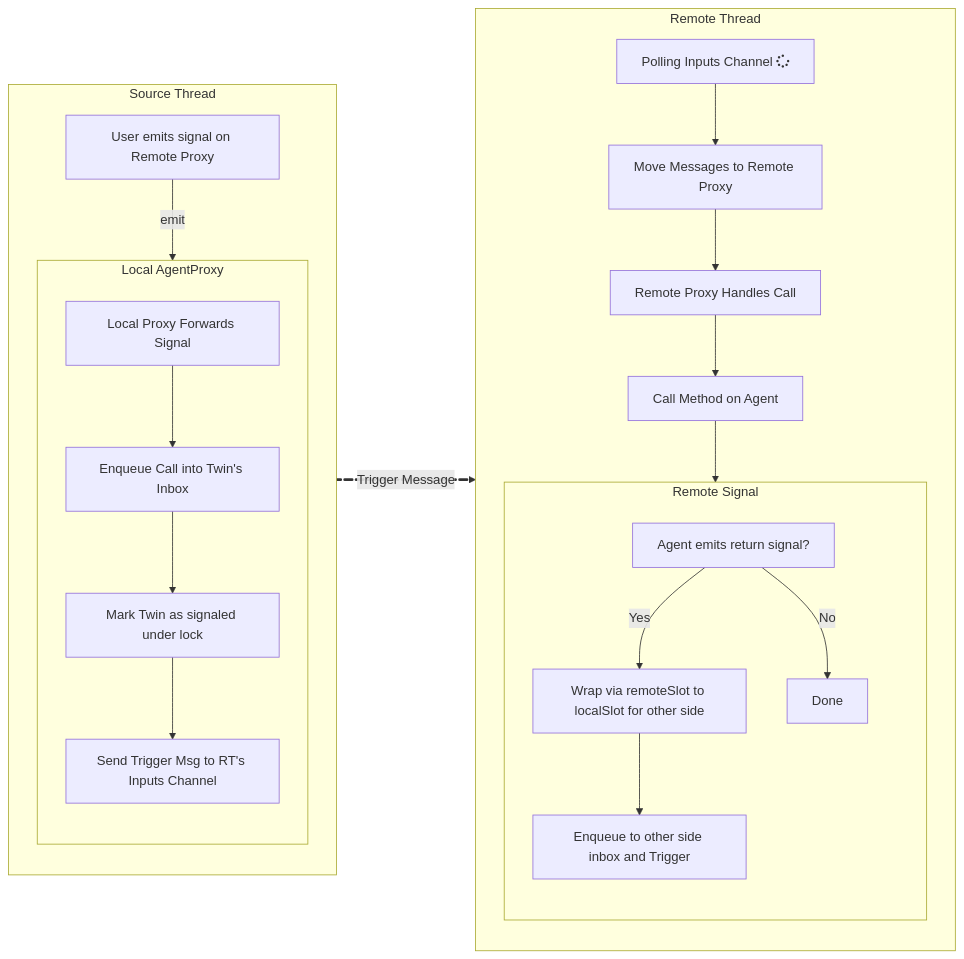
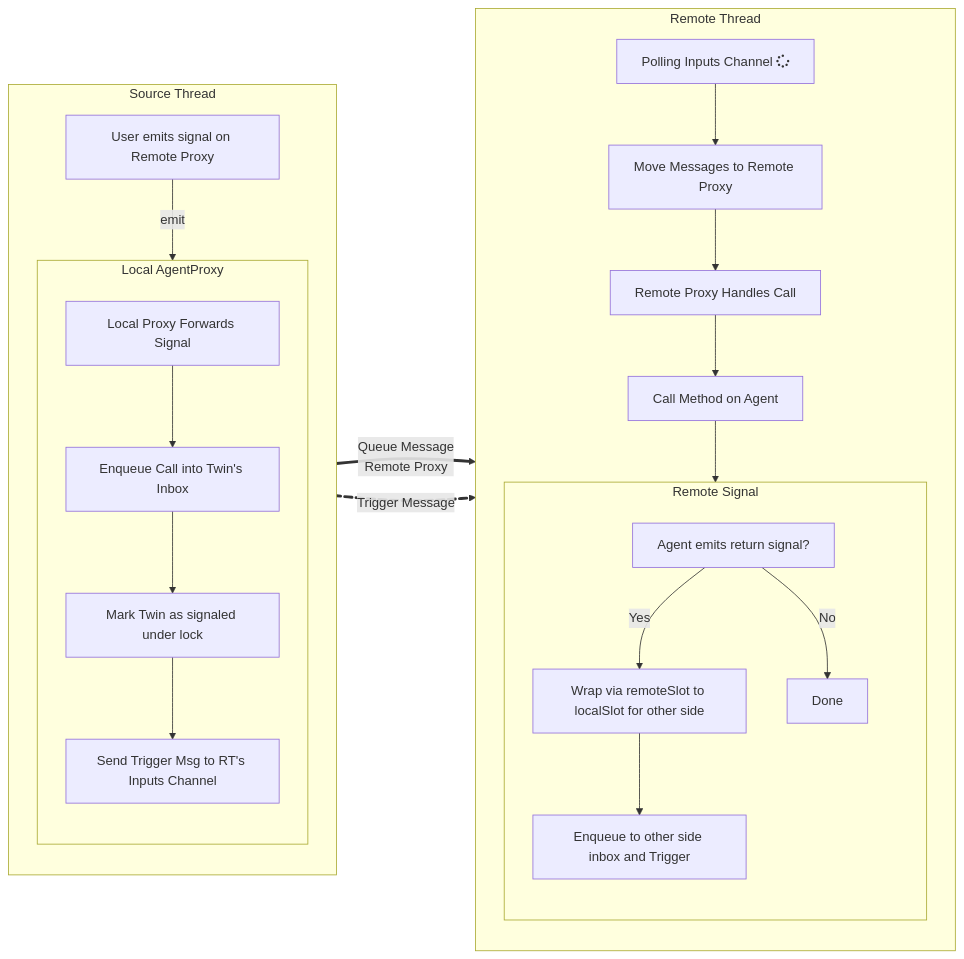
One commit to elcritch/sigils changed the first of 2 diagrams in docs/threading.md. Above: the diagram before and after it, drawn with Mermaid.

Commit message:
add threading docs

````diff
--- a/docs/threading.md
+++ b/docs/threading.md
@@ -175,39 +175,41 @@
 ```mermaid
 flowchart LR
   subgraph ST[Source Thread]
     direction TB
     Caller[User emits signal on Remote Proxy];
 
     Caller --emit --> LP;
 
     subgraph LP[Local AgentProxy]
       direction TB
       FWD[Local Proxy Forwards Signal];
       Enqueue[Enqueue Call into Twin's Inbox];
       Mark[Mark Twin as signaled under lock];
       Trigger[Send Trigger Msg to RT's Inputs Channel];
 
       FWD --> Enqueue --> Mark --> Trigger;
     end
   end
 
   subgraph RT[Remote Thread]
     RX[Polling Inputs Channel fa:fa-spinner];
     Triggered[Move Messages to Remote Proxy];
     Twin[Remote Proxy Handles Call];
     Deliver[Call Method on Agent];
     RX --> Triggered --> Twin --> Deliver;
     subgraph RS[Remote Signal]
       direction TB;
       Back[Agent emits return signal?];
       Back -- Yes --> WrapBack[Wrap via remoteSlot to localSlot for other side];
       WrapBack --> EnqueueBack[Enqueue to other side inbox and Trigger];
       Back -- No --> Done[Done];
     end
     Deliver --> Back;
   end
 
+  ST e0@==>|Queue Message
+            Remote Proxy| RT;
   ST e1@==>|Trigger Message| RT;
   e1@{ animate: true }
 
 ```
````
